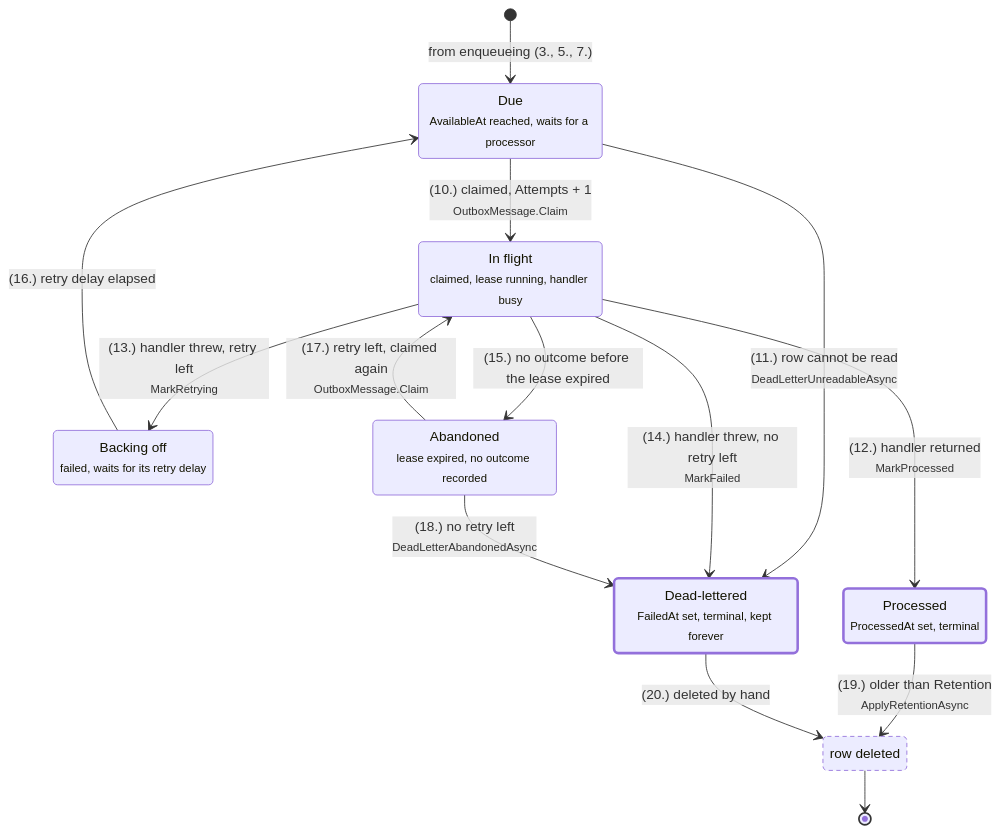
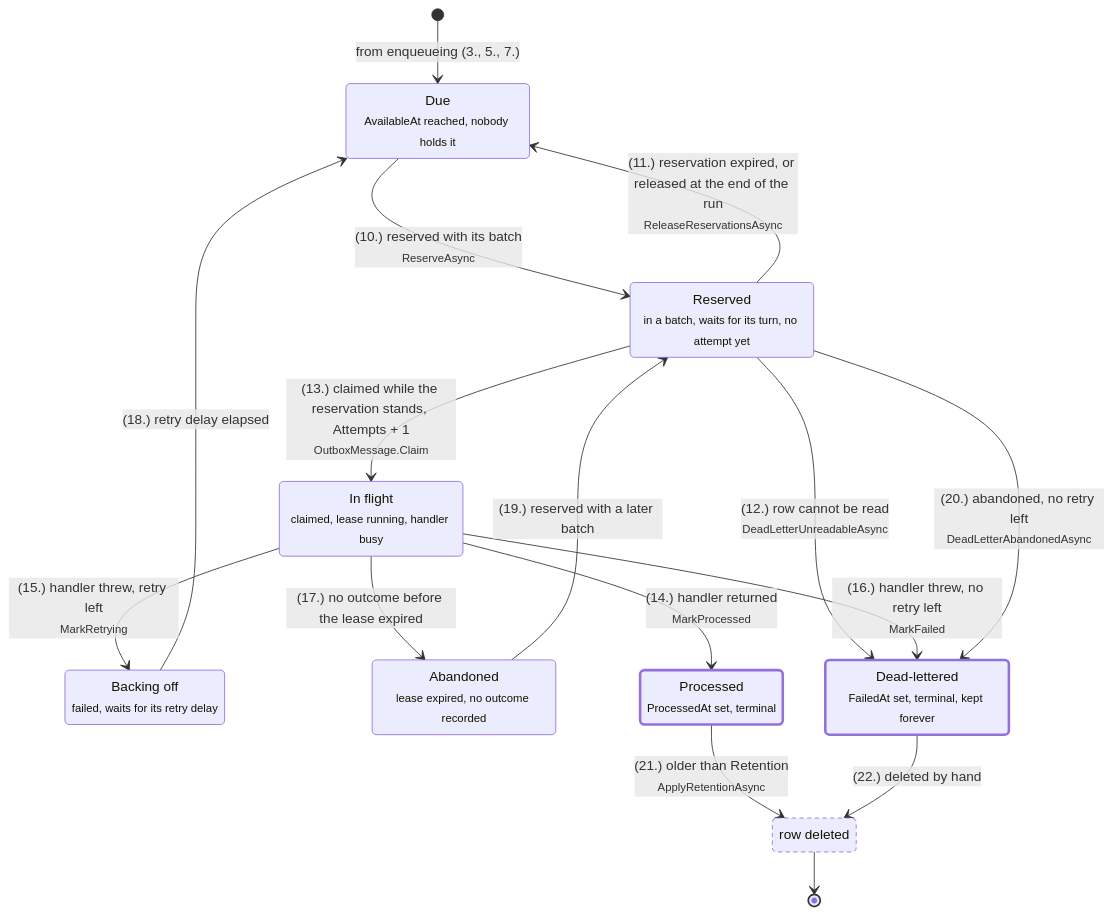
The second of 3 diagrams in src/MartinDrozdik.DDD.Web/OutboxDiagram.md (drozdik-m/domain-driven-design), drawn with Mermaid before and after one commit. The commit also changed other lines of this file and 27 other files, not shown here.

Commit message:
Outbox - reservation state, improved concurrency processing throughput

````diff
--- a/src/MartinDrozdik.DDD.Web/OutboxDiagram.md
+++ b/src/MartinDrozdik.DDD.Web/OutboxDiagram.md
@@ -47,31 +47,34 @@
 ```mermaid
 stateDiagram-v2
     direction TB
 
-    state "Due<br/><small>AvailableAt reached, waits for a processor</small>" as Due
+    state "Due<br/><small>AvailableAt reached, nobody holds it</small>" as Due
+    state "Reserved<br/><small>in a batch, waits for its turn, no attempt yet</small>" as Reserved
     state "In flight<br/><small>claimed, lease running, handler busy</small>" as InFlight
     state "Backing off<br/><small>failed, waits for its retry delay</small>" as Backoff
     state "Abandoned<br/><small>lease expired, no outcome recorded</small>" as Abandoned
     state "Processed<br/><small>ProcessedAt set, terminal</small>" as Processed
     state "Dead-lettered<br/><small>FailedAt set, terminal, kept forever</small>" as DeadLettered
     state "row deleted" as Deleted
 
     [*] --> Due : from enqueueing (3., 5., 7.)
-    Due --> InFlight : (10.) claimed, Attempts + 1<br/><small>OutboxMessage.Claim</small>
-    Due --> DeadLettered : (11.) row cannot be read<br/><small>DeadLetterUnreadableAsync</small>
-    InFlight --> Processed : (12.) handler returned<br/><small>MarkProcessed</small>
-    InFlight --> Backoff : (13.) handler threw, retry left<br/><small>MarkRetrying</small>
-    InFlight --> DeadLettered : (14.) handler threw, no retry left<br/><small>MarkFailed</small>
-    InFlight --> Abandoned : (15.) no outcome before the lease expired
-    Backoff --> Due : (16.) retry delay elapsed
-    Abandoned --> InFlight : (17.) retry left, claimed again<br/><small>OutboxMessage.Claim</small>
-    Abandoned --> DeadLettered : (18.) no retry left<br/><small>DeadLetterAbandonedAsync</small>
-    Processed --> Deleted : (19.) older than Retention<br/><small>ApplyRetentionAsync</small>
-    DeadLettered --> Deleted : (20.) deleted by hand
+    Due --> Reserved : (10.) reserved with its batch<br/><small>ReserveAsync</small>
+    Reserved --> Due : (11.) reservation expired, or released at the end of the run<br/><small>ReleaseReservationsAsync</small>
+    Reserved --> DeadLettered : (12.) row cannot be read<br/><small>DeadLetterUnreadableAsync</small>
+    Reserved --> InFlight : (13.) claimed while the reservation stands, Attempts + 1<br/><small>OutboxMessage.Claim</small>
+    InFlight --> Processed : (14.) handler returned<br/><small>MarkProcessed</small>
+    InFlight --> Backoff : (15.) handler threw, retry left<br/><small>MarkRetrying</small>
+    InFlight --> DeadLettered : (16.) handler threw, no retry left<br/><small>MarkFailed</small>
+    InFlight --> Abandoned : (17.) no outcome before the lease expired
+    Backoff --> Due : (18.) retry delay elapsed
+    Abandoned --> Reserved : (19.) reserved with a later batch
+    Reserved --> DeadLettered : (20.) abandoned, no retry left<br/><small>DeadLetterAbandonedAsync</small>
+    Processed --> Deleted : (21.) older than Retention<br/><small>ApplyRetentionAsync</small>
+    DeadLettered --> Deleted : (22.) deleted by hand
     Deleted --> [*]
 
     classDef terminal stroke-width:3px
     classDef gone stroke-dasharray:5 4
     class Processed,DeadLettered terminal
     class Deleted gone
 ```
````
